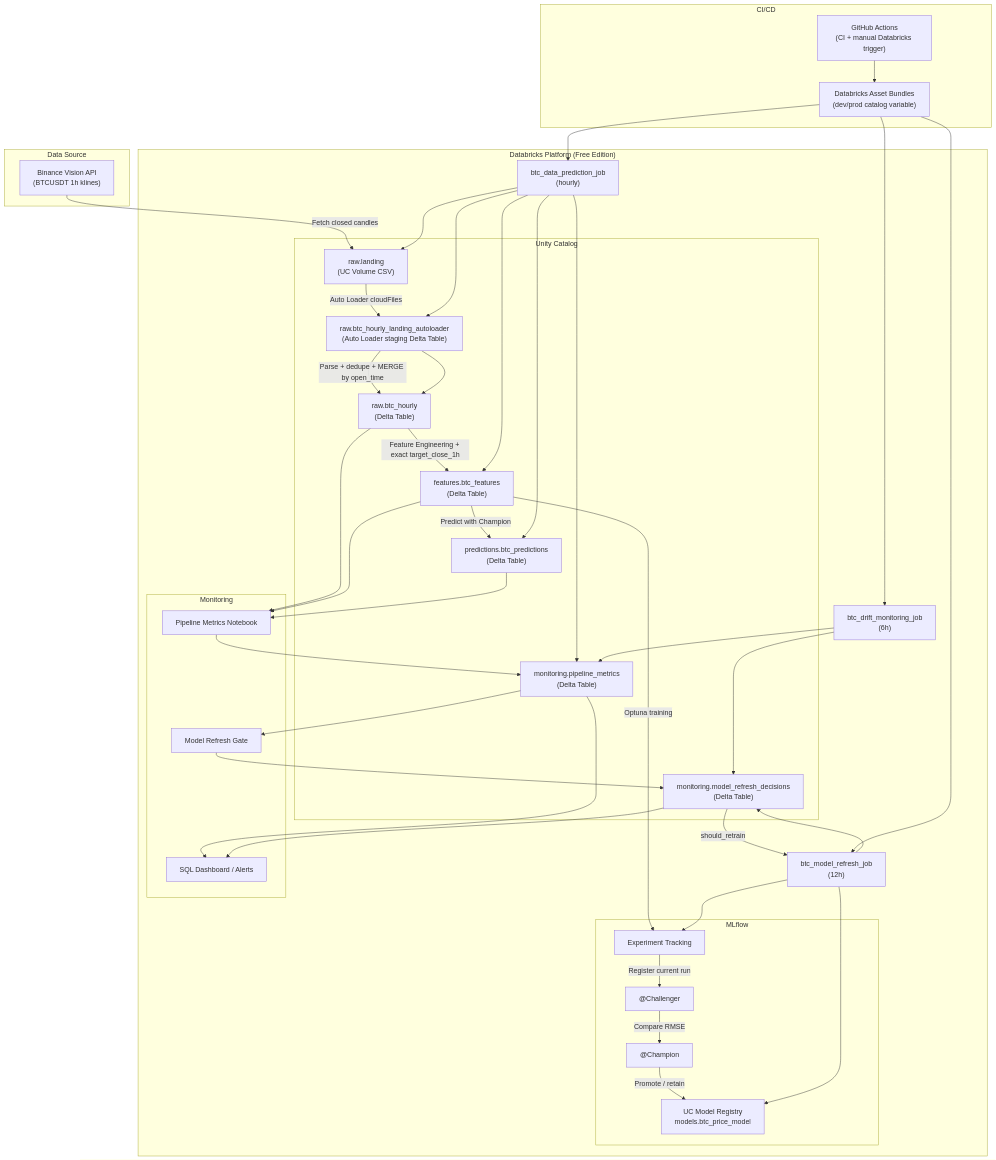
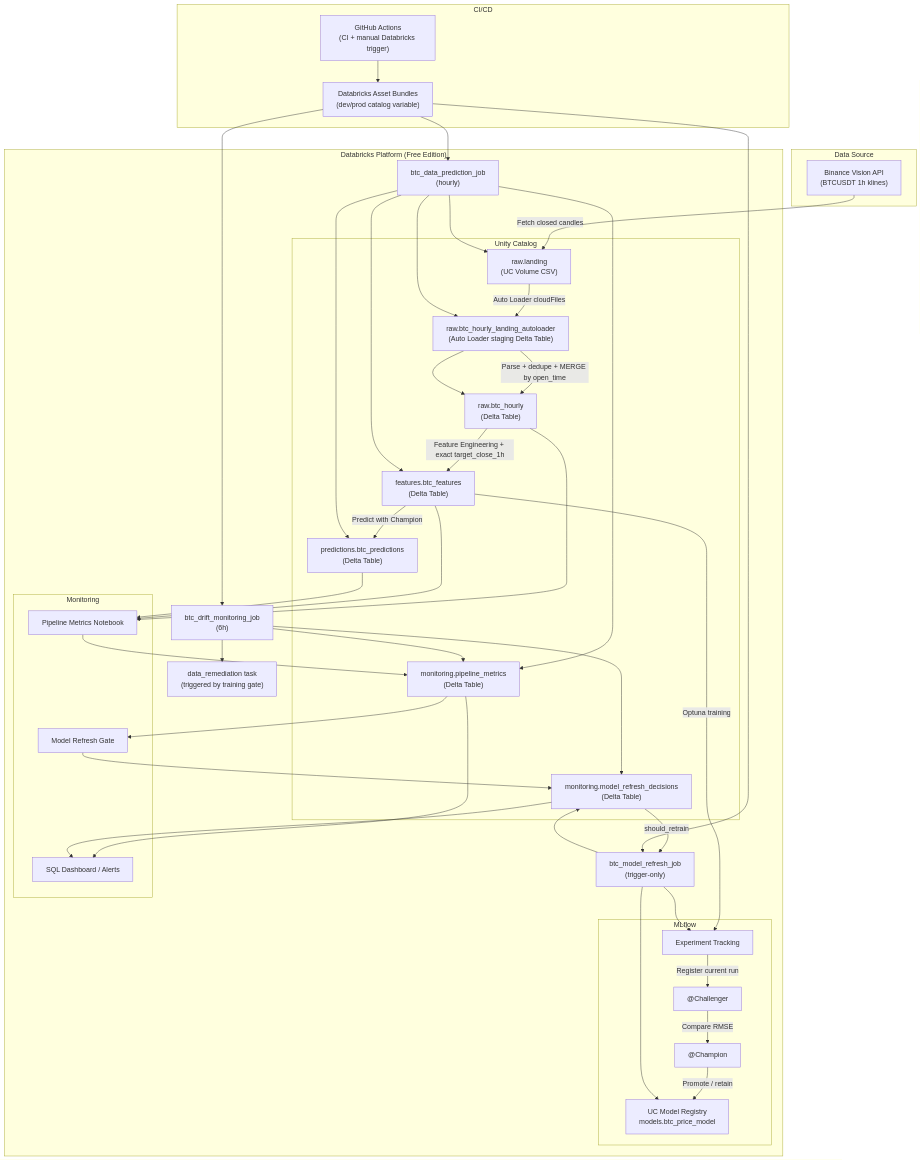
Before and after one commit to dunglk85/btc_mle_dbr: the first of 2 diagrams in _bmad-output/planning-artifacts/implementation_plan.md, drawn with Mermaid. The commit also changed other lines of this file and 7 other files, not shown here.

Commit message:
feat: implement automated data remediation and conditional model-refresh orchestration in new Databricks notebooks and job configurations.

````diff
--- a/_bmad-output/planning-artifacts/implementation_plan.md
+++ b/_bmad-output/planning-artifacts/implementation_plan.md
@@ -9,74 +9,76 @@
 ```mermaid
 graph TB
     subgraph "Data Source"
         A["Binance Vision API<br/>(BTCUSDT 1h klines)"]
     end
 
     subgraph "Databricks Platform (Free Edition)"
         subgraph "Unity Catalog"
             V["raw.landing<br/>(UC Volume CSV)"]
             S["raw.btc_hourly_landing_autoloader<br/>(Auto Loader staging Delta Table)"]
             B["raw.btc_hourly<br/>(Delta Table)"]
             C["features.btc_features<br/>(Delta Table)"]
             P["predictions.btc_predictions<br/>(Delta Table)"]
             Q["monitoring.pipeline_metrics<br/>(Delta Table)"]
             R["monitoring.model_refresh_decisions<br/>(Delta Table)"]
         end
 
         subgraph "MLflow"
             D["Experiment Tracking"]
             E["UC Model Registry<br/>models.btc_price_model"]
             F["@Champion"]
             G["@Challenger"]
         end
 
         subgraph "Monitoring"
             H["Pipeline Metrics Notebook"]
             I["Model Refresh Gate"]
             J["SQL Dashboard / Alerts"]
         end
 
         K["btc_data_prediction_job<br/>(hourly)"]
         L["btc_drift_monitoring_job<br/>(6h)"]
-        O["btc_model_refresh_job<br/>(12h)"]
+        X["data_remediation task<br/>(triggered by training gate)"]
+        O["btc_model_refresh_job<br/>(trigger-only)"]
     end
 
     subgraph "CI/CD"
         M["GitHub Actions<br/>(CI + manual Databricks trigger)"]
         N["Databricks Asset Bundles<br/>(dev/prod catalog variable)"]
     end
 
     A -->|"Fetch closed candles"| V
     V -->|"Auto Loader cloudFiles"| S
     S -->|"Parse + dedupe + MERGE by open_time"| B
     B -->|"Feature Engineering + exact target_close_1h"| C
     C -->|"Predict with Champion"| P
     C -->|"Optuna training"| D
     D -->|"Register current run"| G
     G -->|"Compare RMSE"| F
     F -->|"Promote / retain"| E
     B --> H
     C --> H
     P --> H
     H --> Q
     Q --> I
     I --> R
     R -->|"should_retrain"| O
     Q --> J
     R --> J
     M --> N
     N --> K
     N --> L
     N --> O
     K --> V
     K --> S
     S --> B
     K --> C
     K --> P
     K --> Q
     L --> Q
     L --> R
+    L --> X
     O --> R
     O --> D
     O --> E
 ```
````
